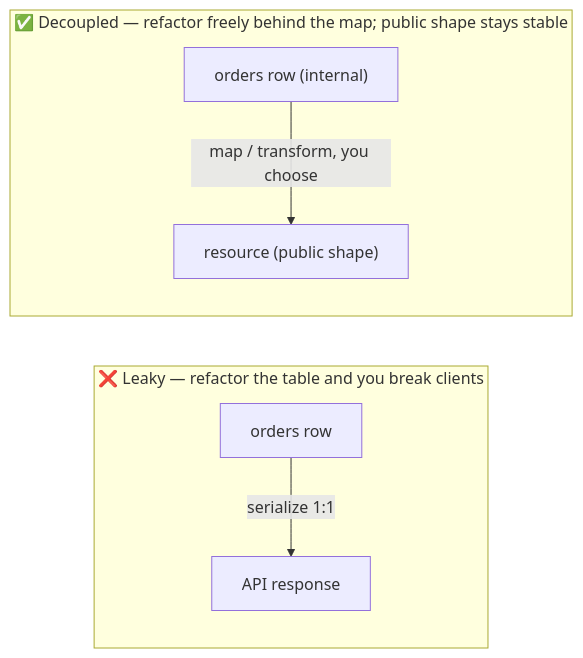
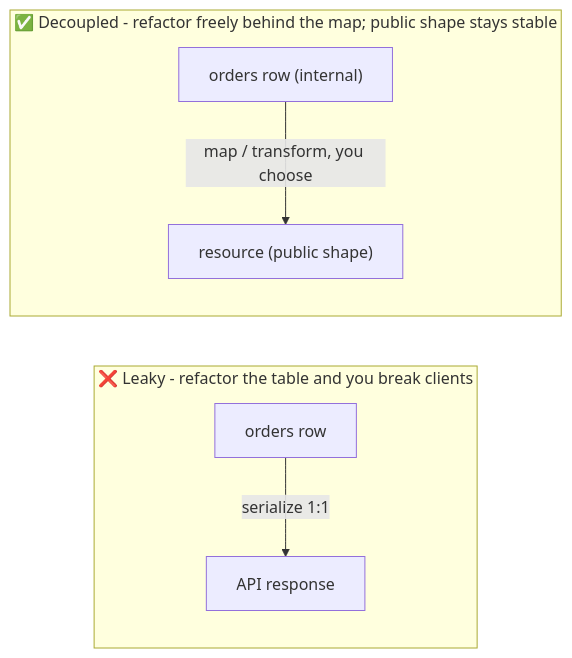
Before and after one commit to Topurrra/themissingmanual: the diagram in guides/apis/designing-apis-that-last/03-designing-for-longevity.md, drawn with Mermaid. The commit also changed other lines of this file and 1009 other files, not shown here.

````diff
--- a/guides/apis/designing-apis-that-last/03-designing-for-longevity.md
+++ b/guides/apis/designing-apis-that-last/03-designing-for-longevity.md
@@ -214,9 +214,9 @@
 ```mermaid
 flowchart LR
-  subgraph Leaky["❌ Leaky — refactor the table and you break clients"]
+  subgraph Leaky["❌ Leaky - refactor the table and you break clients"]
     R1[orders row] -->|serialize 1:1| Resp[API response]
   end
-  subgraph Decoupled["✅ Decoupled — refactor freely behind the map; public shape stays stable"]
+  subgraph Decoupled["✅ Decoupled - refactor freely behind the map; public shape stays stable"]
     R2["orders row (internal)"] -->|map / transform, you choose| Pub["resource (public shape)"]
   end
 ```
````
